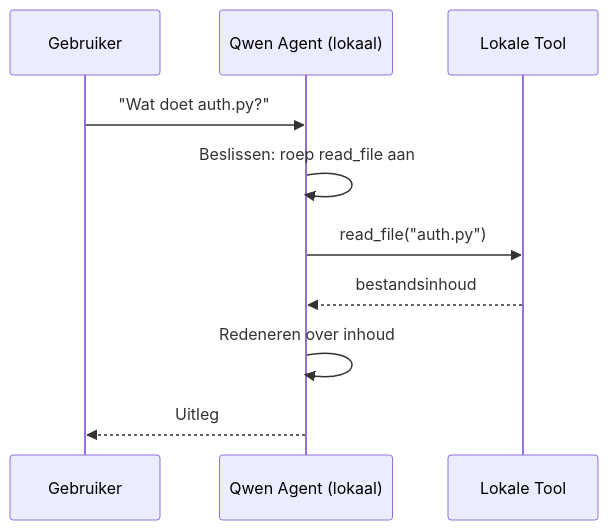
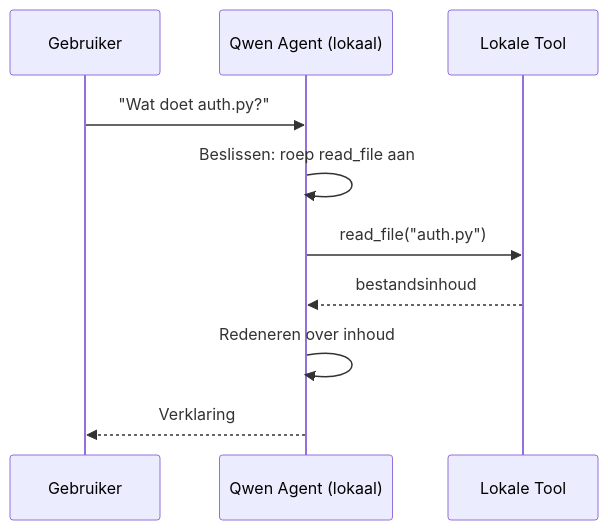
The second of 4 diagrams in mirrors/repos/microsoft@ai-agents-for-beginners/translations/nl/17-creating-local-ai-agents/README.md (gabrielmoreira/agent-skills-mirror), drawn with Mermaid before and after one commit. The commit also changed other lines of this file and 4262 other files, not shown here.

````diff
--- a/mirrors/repos/microsoft@ai-agents-for-beginners/translations/nl/17-creating-local-ai-agents/README.md
+++ b/mirrors/repos/microsoft@ai-agents-for-beginners/translations/nl/17-creating-local-ai-agents/README.md
@@ -106,12 +106,12 @@
 ```mermaid
 sequenceDiagram
     participant U as Gebruiker
     participant A as Qwen Agent (lokaal)
     participant T as Lokale Tool
     U->>A: "Wat doet auth.py?"
     A->>A: Beslissen: roep read_file aan
     A->>T: read_file("auth.py")
     T-->>A: bestandsinhoud
     A->>A: Redeneren over inhoud
-    A-->>U: Uitleg
+    A-->>U: Verklaring
 ```
````
